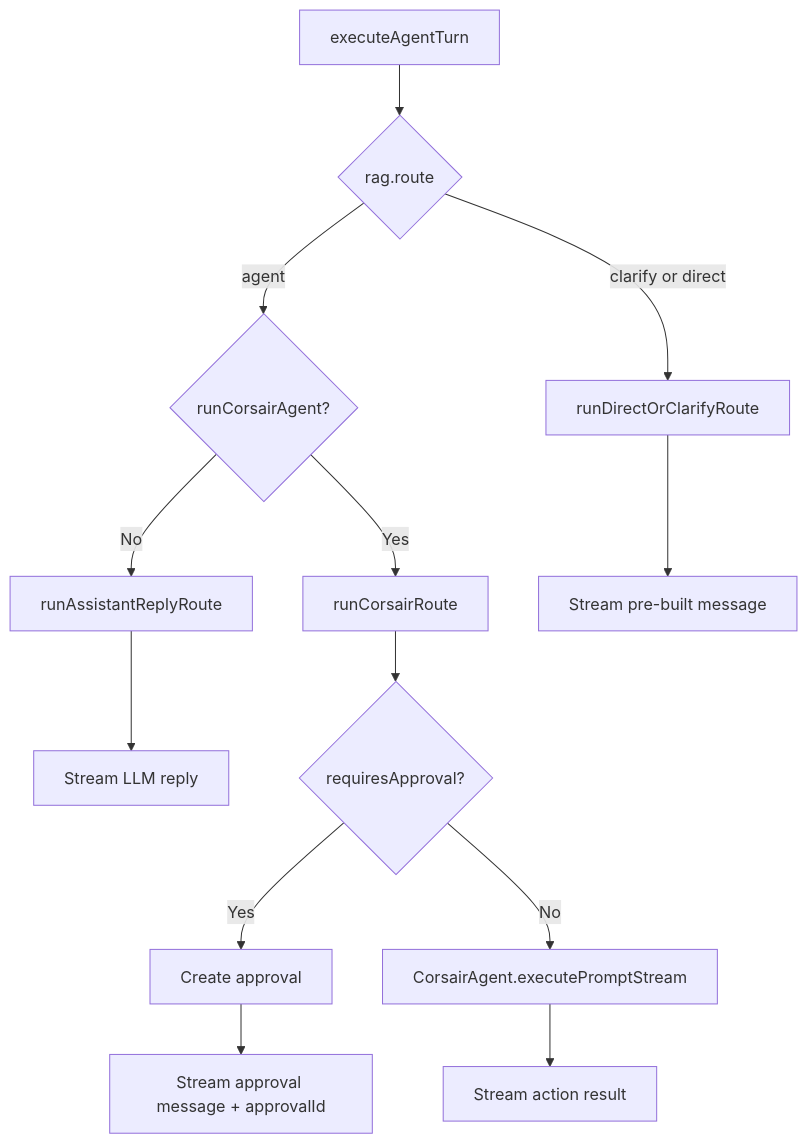
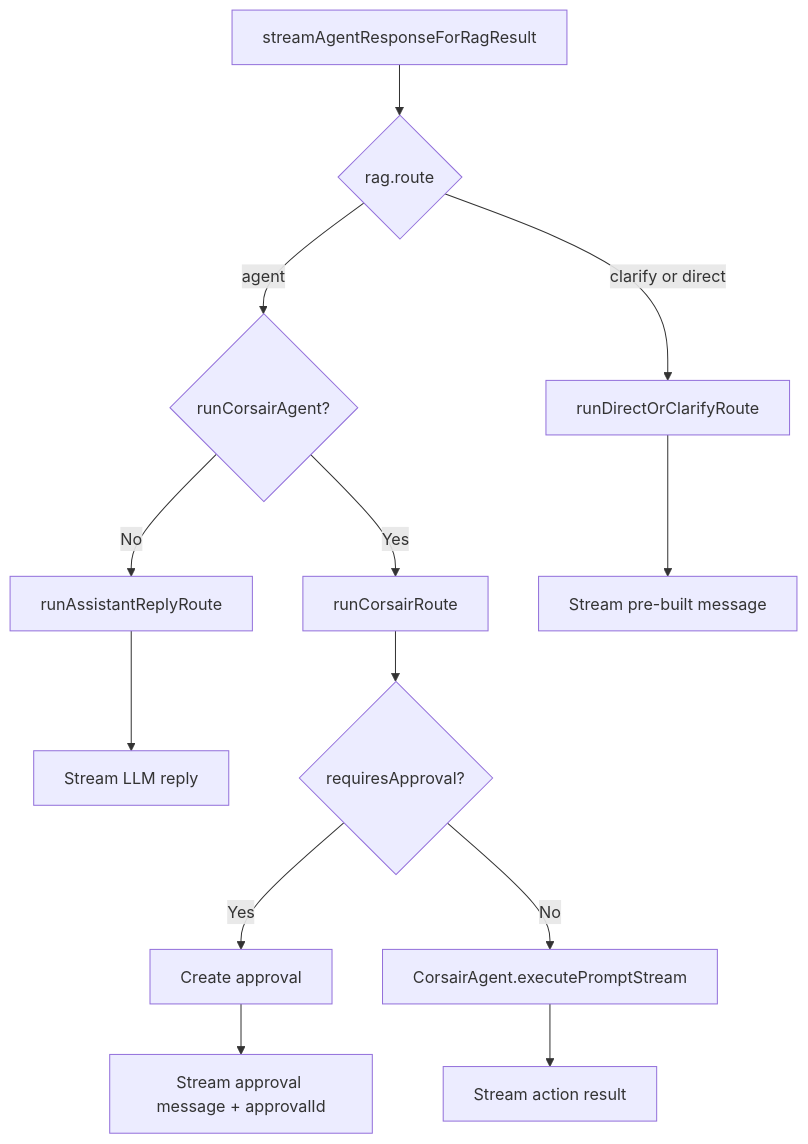
One commit to learner-enthusiast/NoClickMail changed the fifth of 11 diagrams in agenFlow.md. Above: the diagram before and after it, drawn with Mermaid. The commit also changed other lines of this file and 33 other files, not shown here.

````diff
--- a/agenFlow.md
+++ b/agenFlow.md
@@ -137,15 +137,15 @@
 ```mermaid
 flowchart TD
-    A[executeAgentTurn] --> B{rag.route}
+    A[streamAgentResponseForRagResult] --> B{rag.route}
     B -->|clarify or direct| C[runDirectOrClarifyRoute]
     B -->|agent| D{runCorsairAgent?}
     D -->|No| E[runAssistantReplyRoute]
     D -->|Yes| F[runCorsairRoute]
     C --> G[Stream pre-built message]
     E --> H[Stream LLM reply]
     F --> I{requiresApproval?}
     I -->|Yes| J[Create approval]
     I -->|No| K[CorsairAgent.executePromptStream]
     J --> L[Stream approval message + approvalId]
     K --> M[Stream action result]
 ```
````
